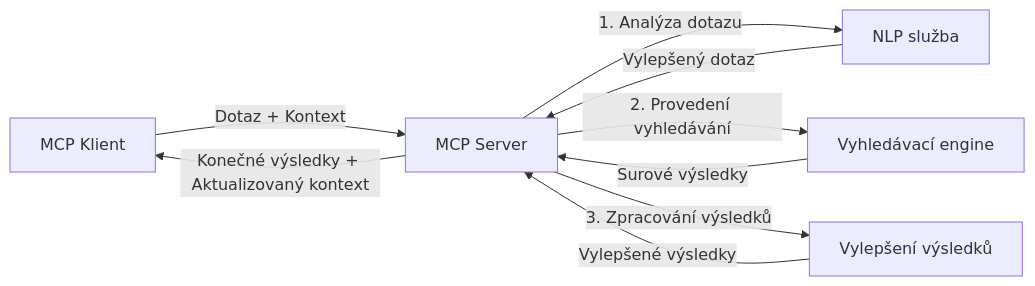
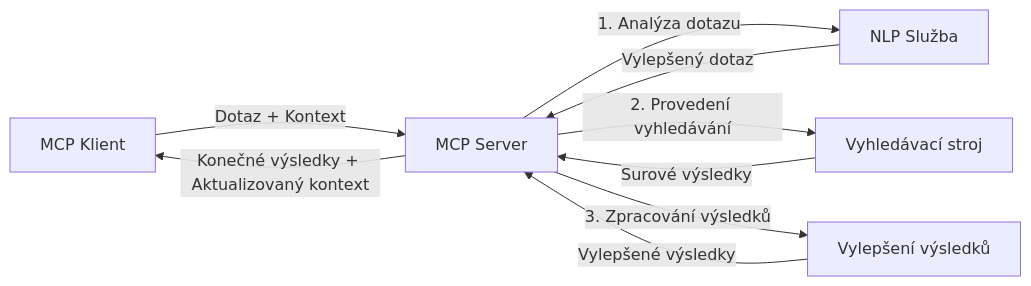
The fourth of 4 diagrams in translations/cs/05-AdvancedTopics/mcp-realtimesearch/README.md (microsoft/mcp-for-beginners), drawn with Mermaid before and after one commit. The commit also changed other lines of this file and 140 other files, not shown here.

````diff
--- a/translations/cs/05-AdvancedTopics/mcp-realtimesearch/README.md
+++ b/translations/cs/05-AdvancedTopics/mcp-realtimesearch/README.md
@@ -626,11 +628,11 @@
 ```mermaid
 graph LR
     Client[MCP Klient] --> |Dotaz + Kontext| Server[MCP Server]
-    Server --> |1. Analýza dotazu| NLP[NLP služba]
+    Server --> |1. Analýza dotazu| NLP[NLP Služba]
     NLP --> |Vylepšený dotaz| Server
-    Server --> |2. Provedení vyhledávání| Search[Vyhledávací engine]
+    Server --> |2. Provedení vyhledávání| Search[Vyhledávací stroj]
     Search --> |Surové výsledky| Server
     Server --> |3. Zpracování výsledků| Enhancement[Vylepšení výsledků]
     Enhancement --> |Vylepšené výsledky| Server
     Server --> |Konečné výsledky + Aktualizovaný kontext| Client
 ```
````
